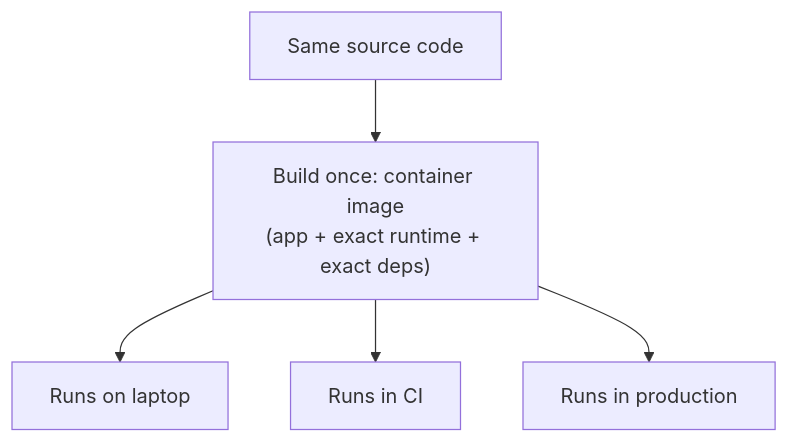
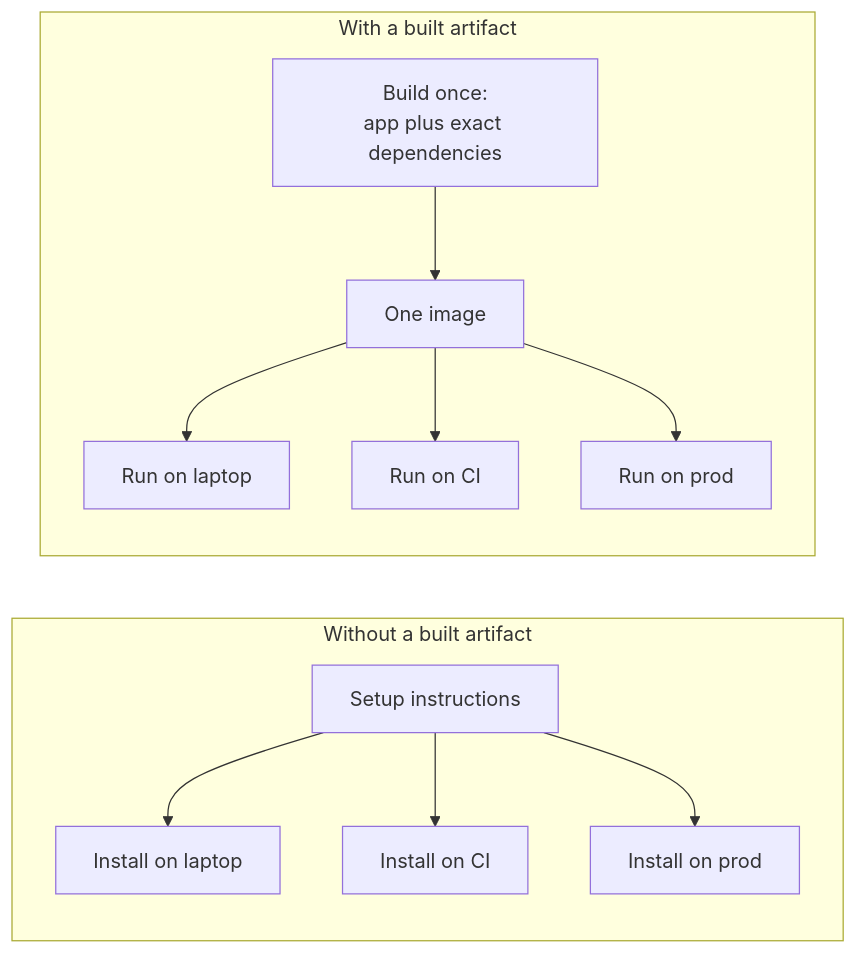
The second of 3 diagrams in src/content/infra-delivery/environment-parity/L2-concept.mdx (francoandreDev/knowledge), drawn with Mermaid before and after one commit. The commit also changed other lines of this file and 3 other files, not shown here.

````diff
--- a/src/content/infra-delivery/environment-parity/L2-concept.mdx
+++ b/src/content/infra-delivery/environment-parity/L2-concept.mdx
@@ -66,7 +83,16 @@
 ```mermaid
-flowchart TD
-    Code["Same source code"] --> Build["Build once: container image\n(app + exact runtime + exact deps)"]
-    Build --> RunL["Runs on laptop"]
-    Build --> RunC["Runs in CI"]
-    Build --> RunP["Runs in production"]
+flowchart LR
+    subgraph Before["Without a built artifact"]
+        direction TB
+        S["Setup instructions"] --> A1["Install on laptop"]
+        S --> A2["Install on CI"]
+        S --> A3["Install on prod"]
+    end
+    subgraph After["With a built artifact"]
+        direction TB
+        B["Build once:<br/>app plus exact dependencies"] --> I["One image"]
+        I --> R1["Run on laptop"]
+        I --> R2["Run on CI"]
+        I --> R3["Run on prod"]
+    end
 ```
````
